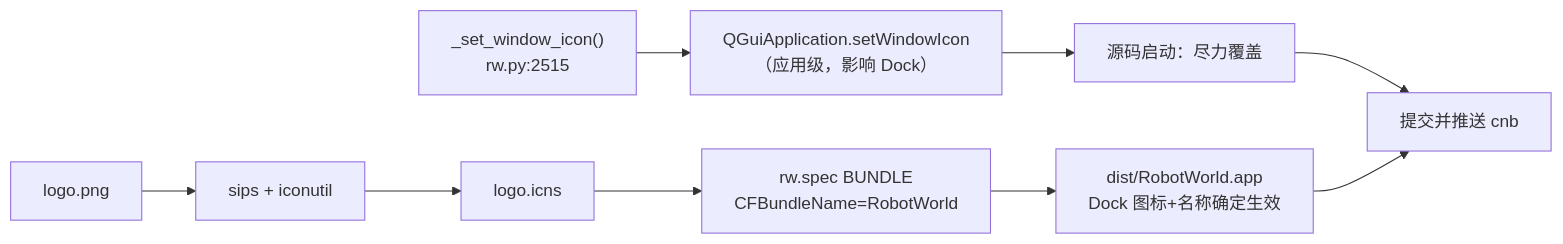
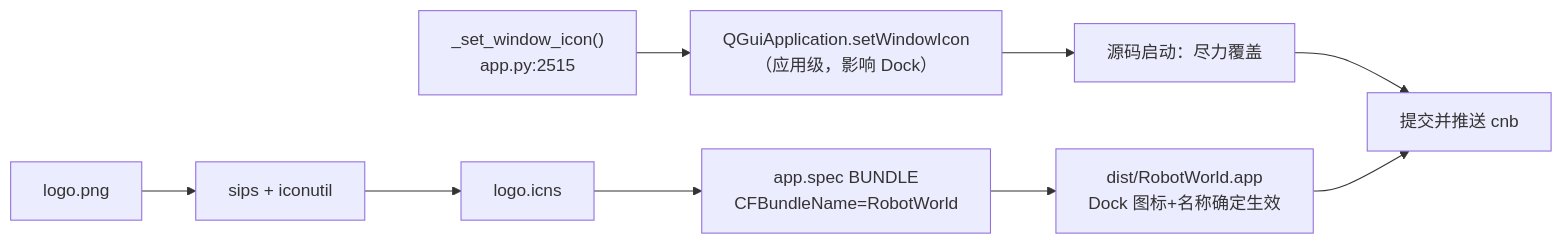
One commit to cModules/RoboWorld changed the diagram in docs/plan/dock-icon-and-app-bundle.md. Above: the diagram before and after it, drawn with Mermaid. The commit also changed other lines of this file and 144 other files, not shown here.

````diff
--- a/docs/plan/dock-icon-and-app-bundle.md
+++ b/docs/plan/dock-icon-and-app-bundle.md
@@ -87,11 +87,11 @@
 ```mermaid
 flowchart LR
-    A["_set_window_icon()<br/>rw.py:2515"] --> B["QGuiApplication.setWindowIcon<br/>（应用级，影响 Dock）"]
+    A["_set_window_icon()<br/>app.py:2515"] --> B["QGuiApplication.setWindowIcon<br/>（应用级，影响 Dock）"]
     C["logo.png"] --> D["sips + iconutil"]
     D --> E["logo.icns"]
-    E --> F["rw.spec BUNDLE<br/>CFBundleName=RobotWorld"]
+    E --> F["app.spec BUNDLE<br/>CFBundleName=RobotWorld"]
     F --> G["dist/RobotWorld.app<br/>Dock 图标+名称确定生效"]
     B --> H["源码启动：尽力覆盖"]
     H --> I["提交并推送 cnb"]
     G --> I
 ```
````
